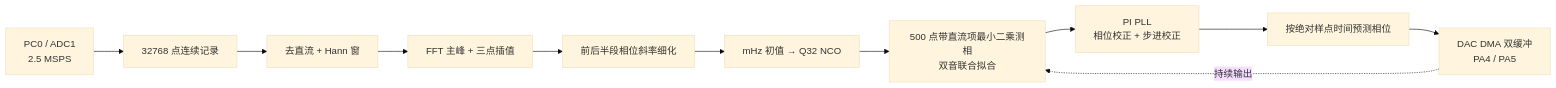
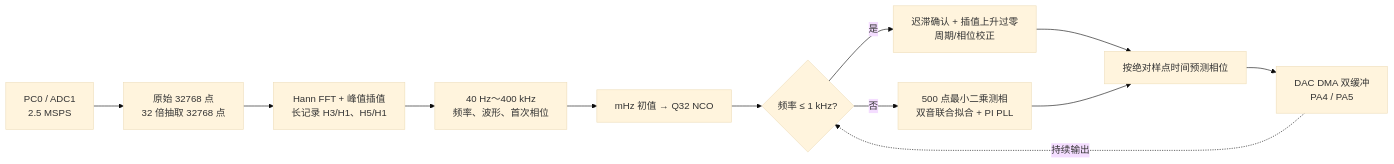
Before and after one commit to zzzmomo-code/electric-sai-stm32-measurement: the diagram in docs/PHASE_LOCKING.md, drawn with Mermaid (base theme). The commit also changed other lines of this file and 8 other files, not shown here.

````diff
--- a/docs/PHASE_LOCKING.md
+++ b/docs/PHASE_LOCKING.md
@@ -19,13 +19,14 @@
 ```mermaid
 flowchart LR
-    A["PC0 / ADC1<br/>2.5 MSPS"] --> B["32768 点连续记录"]
-    B --> C["去直流 + Hann 窗"]
-    C --> D["FFT 主峰 + 三点插值"]
-    D --> E["前后半段相位斜率细化"]
-    E --> F["mHz 初值 → Q32 NCO"]
-    F --> G["500 点带直流项最小二乘测相<br/>双音联合拟合"]
-    G --> H["PI PLL<br/>相位校正 + 步进校正"]
+    A["PC0 / ADC1<br/>2.5 MSPS"] --> B["原始 32768 点<br/>32 倍抽取 32768 点"]
+    B --> C["Hann FFT + 峰值插值<br/>长记录 H3/H1、H5/H1"]
+    C --> D["40 Hz～400 kHz<br/>频率、波形、首次相位"]
+    D --> E["mHz 初值 → Q32 NCO"]
+    E --> F{"频率 ≤ 1 kHz?"}
+    F -- "是" --> G["迟滞确认 + 插值上升过零<br/>周期/相位校正"]
+    F -- "否" --> H["500 点最小二乘测相<br/>双音联合拟合 + PI PLL"]
+    G --> I["按绝对样点时间预测相位"]
     H --> I["按绝对样点时间预测相位"]
     I --> J["DAC DMA 双缓冲<br/>PA4 / PA5"]
-    J -. "持续输出" .-> G
+    J -. "持续输出" .-> F
 ```
````
